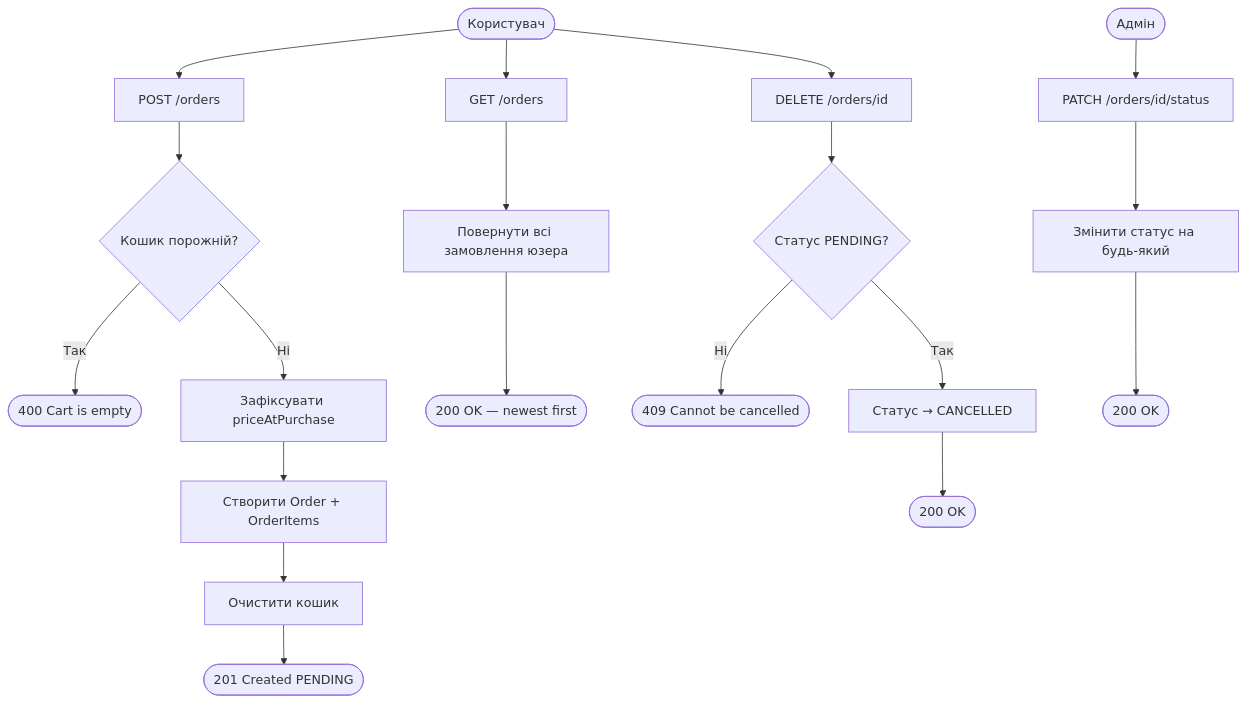
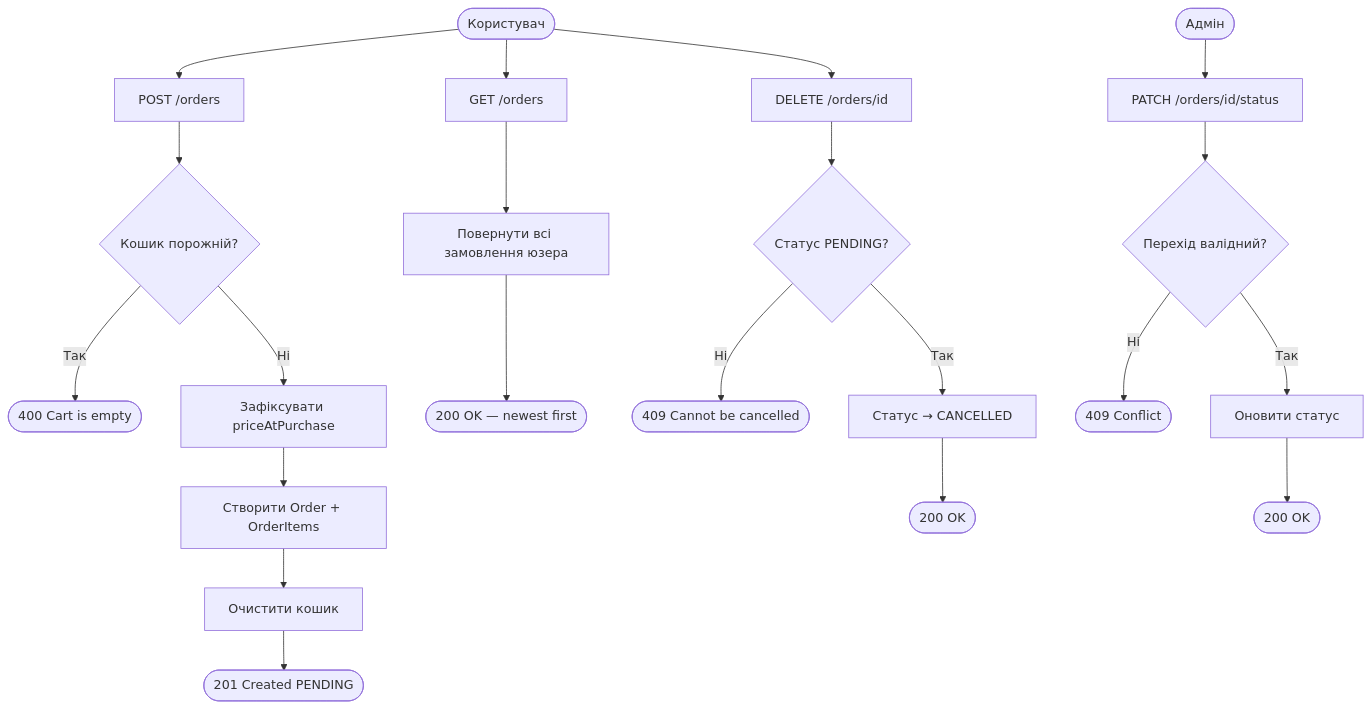
Before and after one commit to MaksymChalyi/Verdora-backend: the first of 3 diagrams in docs/order/orders.md, drawn with Mermaid. The commit also changed other lines of this file and 6 other files, not shown here.

````diff
--- a/docs/order/orders.md
+++ b/docs/order/orders.md
@@ -179,24 +185,26 @@
 ```mermaid
 flowchart TD
     A([Користувач]) --> B[POST /orders]
     B --> C{Кошик порожній?}
     C -- Так --> D([400 Cart is empty])
     C -- Ні --> E[Зафіксувати priceAtPurchase]
     E --> F[Створити Order + OrderItems]
     F --> G[Очистити кошик]
     G --> H([201 Created PENDING])
 
     A --> I[GET /orders]
     I --> J[Повернути всі замовлення юзера]
     J --> K([200 OK — newest first])
 
     A --> L[DELETE /orders/id]
     L --> M{Статус PENDING?}
     M -- Ні --> N([409 Cannot be cancelled])
     M -- Так --> O[Статус → CANCELLED]
     O --> P([200 OK])
 
     ADMIN([Адмін]) --> Q[PATCH /orders/id/status]
-    Q --> R[Змінити статус на будь-який]
-    R --> S([200 OK])
+    Q --> R{Перехід валідний?}
+    R -- Ні --> T([409 Conflict])
+    R -- Так --> U[Оновити статус]
+    U --> S([200 OK])
 ```
````
